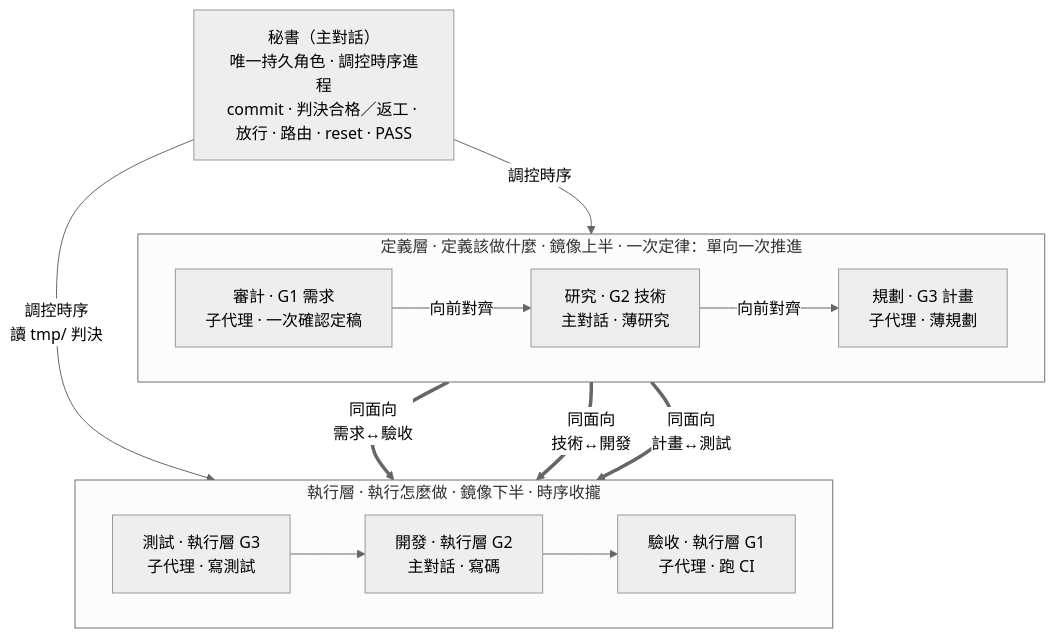
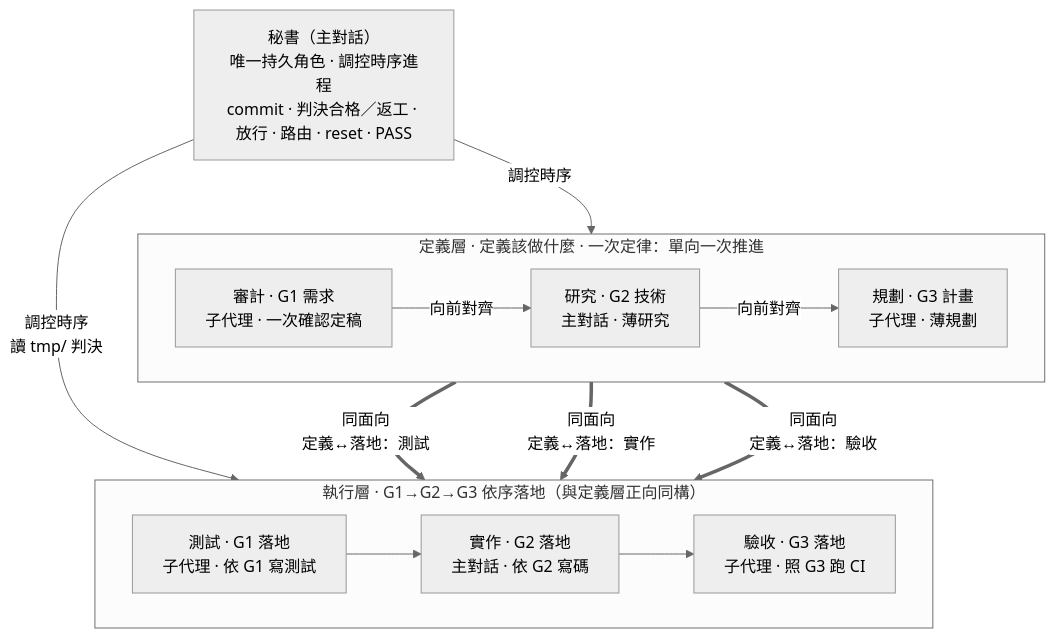
One commit to teps3105/shiftblame changed the fourth of 8 diagrams in skills/shiftblame/SKILL.md. Above: the diagram before and after it, drawn with Mermaid (neutral theme). The commit also changed other lines of this file and 10 other files, not shown here.

````diff
--- a/skills/shiftblame/SKILL.md
+++ b/skills/shiftblame/SKILL.md
@@ -208,19 +208,19 @@
 ```mermaid
 flowchart TB
     SEC["秘書（主對話）<br/>唯一持久角色 · 調控時序進程<br/>commit · 判決合格／返工 · 放行 · 路由 · reset · PASS"]
-    subgraph Consult["定義層 · 定義該做什麼 · 鏡像上半 · 一次定律：單向一次推進"]
+    subgraph Consult["定義層 · 定義該做什麼 · 一次定律：單向一次推進"]
         direction LR
         G1["審計 · G1 需求<br/>子代理 · 一次確認定稿"] -->|向前對齊| G2["研究 · G2 技術<br/>主對話 · 薄研究"]
         G2 -->|向前對齊| G3["規劃 · G3 計畫<br/>子代理 · 薄規劃"]
     end
-    subgraph Build["執行層 · 執行怎麼做 · 鏡像下半 · 時序收攏"]
+    subgraph Build["執行層 · G1→G2→G3 依序落地（與定義層正向同構）"]
         direction LR
-        TST["測試 · 執行層 G3<br/>子代理 · 寫測試"] --> DEV["開發 · 執行層 G2<br/>主對話 · 寫碼"]
-        DEV --> ACC["驗收 · 執行層 G1<br/>子代理 · 跑 CI"]
+        TST["測試 · G1 落地<br/>子代理 · 依 G1 寫測試"] --> DEV["實作 · G2 落地<br/>主對話 · 依 G2 寫碼"]
+        DEV --> ACC["驗收 · G3 落地<br/>子代理 · 照 G3 跑 CI"]
     end
     SEC -- 調控時序 --> Consult
     SEC -- 調控時序<br/>讀 tmp/ 判決 --> Build
-    G1 == "同面向<br/>需求↔驗收" ==> ACC
-    G2 == "同面向<br/>技術↔開發" ==> DEV
-    G3 == "同面向<br/>計畫↔測試" ==> TST
+    G1 == "同面向<br/>定義↔落地：測試" ==> TST
+    G2 == "同面向<br/>定義↔落地：實作" ==> DEV
+    G3 == "同面向<br/>定義↔落地：驗收" ==> ACC
 ```
````
